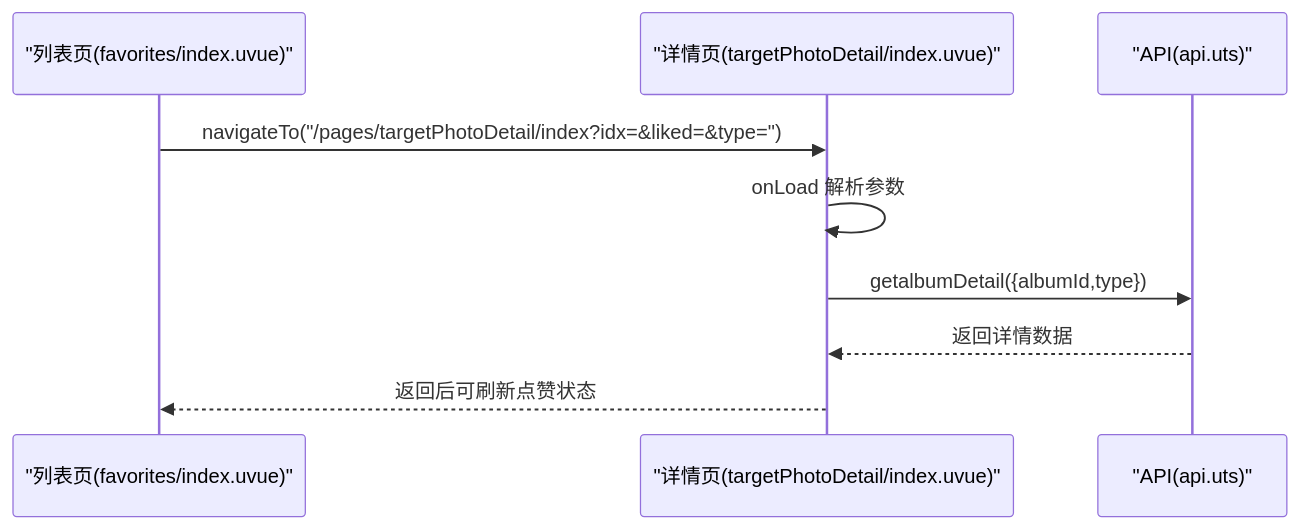
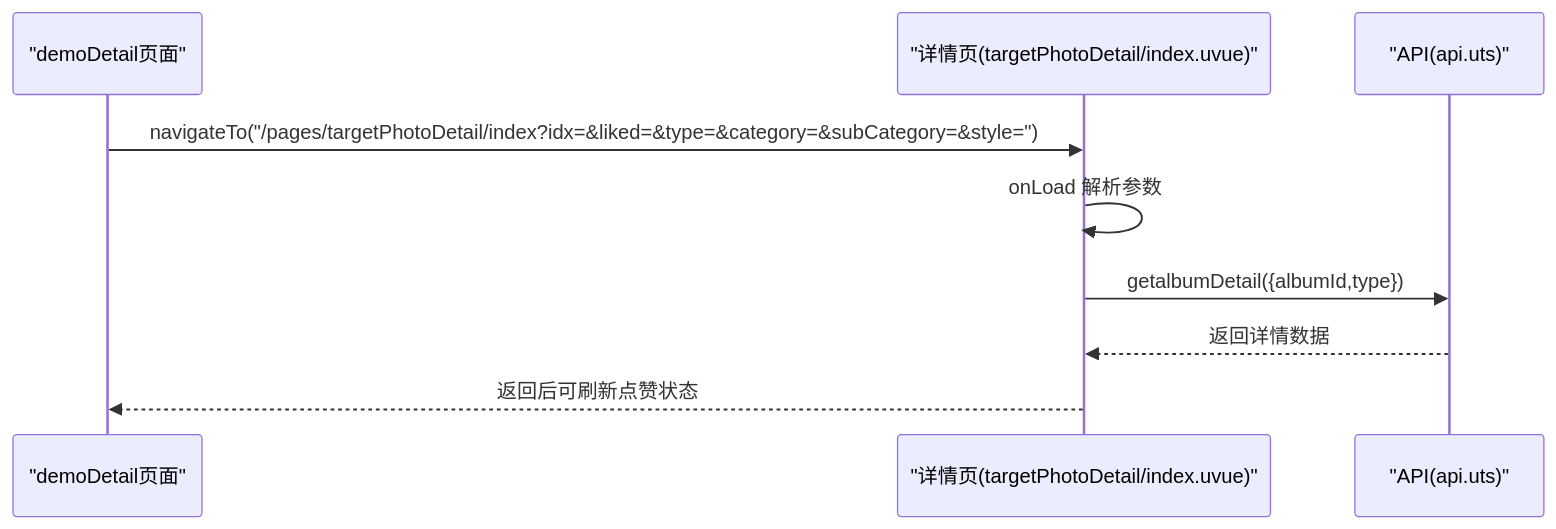
The fifth of 6 diagrams in .qoder/repowiki/zh/content/核心功能模块/客片管理系统/客片详情页面.md (crazyma99/blueberry), drawn with Mermaid before and after one commit. The commit also changed other lines of this file and 79 other files, not shown here.

````diff
--- a/.qoder/repowiki/zh/content/核心功能模块/客片管理系统/客片详情页面.md
+++ b/.qoder/repowiki/zh/content/核心功能模块/客片管理系统/客片详情页面.md
@@ -296,11 +375,11 @@
 ```mermaid
 sequenceDiagram
-participant List as "列表页(favorites/index.uvue)"
+participant List as "demoDetail页面"
 participant Detail as "详情页(targetPhotoDetail/index.uvue)"
 participant API as "API(api.uts)"
-List->>Detail : navigateTo("/pages/targetPhotoDetail/index?idx=&liked=&type=")
+List->>Detail : navigateTo("/pages/targetPhotoDetail/index?idx=&liked=&type=&category=&subCategory=&style=")
 Detail->>Detail : onLoad 解析参数
 Detail->>API : getalbumDetail({albumId,type})
 API-->>Detail : 返回详情数据
 Detail-->>List : 返回后可刷新点赞状态
 ```
````
